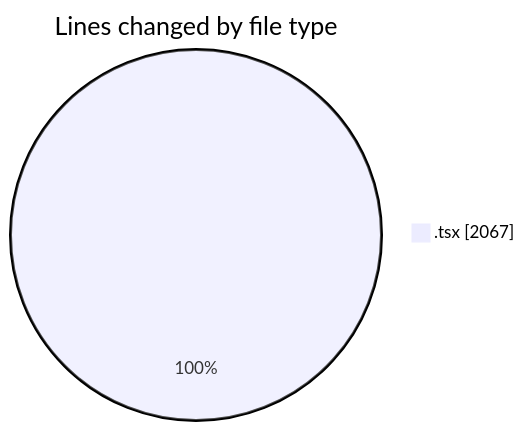
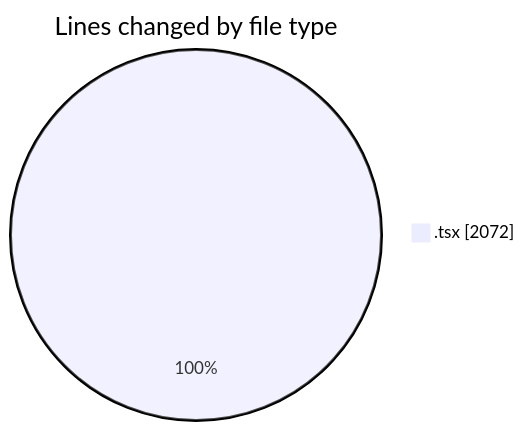
Before and after one commit to nxtqubesakshisongat/code-tracking: the first of 2 diagrams in 2026-03-22/nxtqube_webapp/README.md, drawn with Mermaid. The commit also changed other lines of this file and 1 other file, not shown here.

````diff
--- a/2026-03-22/nxtqube_webapp/README.md
+++ b/2026-03-22/nxtqube_webapp/README.md
@@ -22,5 +22,5 @@
 ```mermaid
 pie showData
 title Lines changed by file type
-".tsx" : 2067
+".tsx" : 2072
 ```
````
